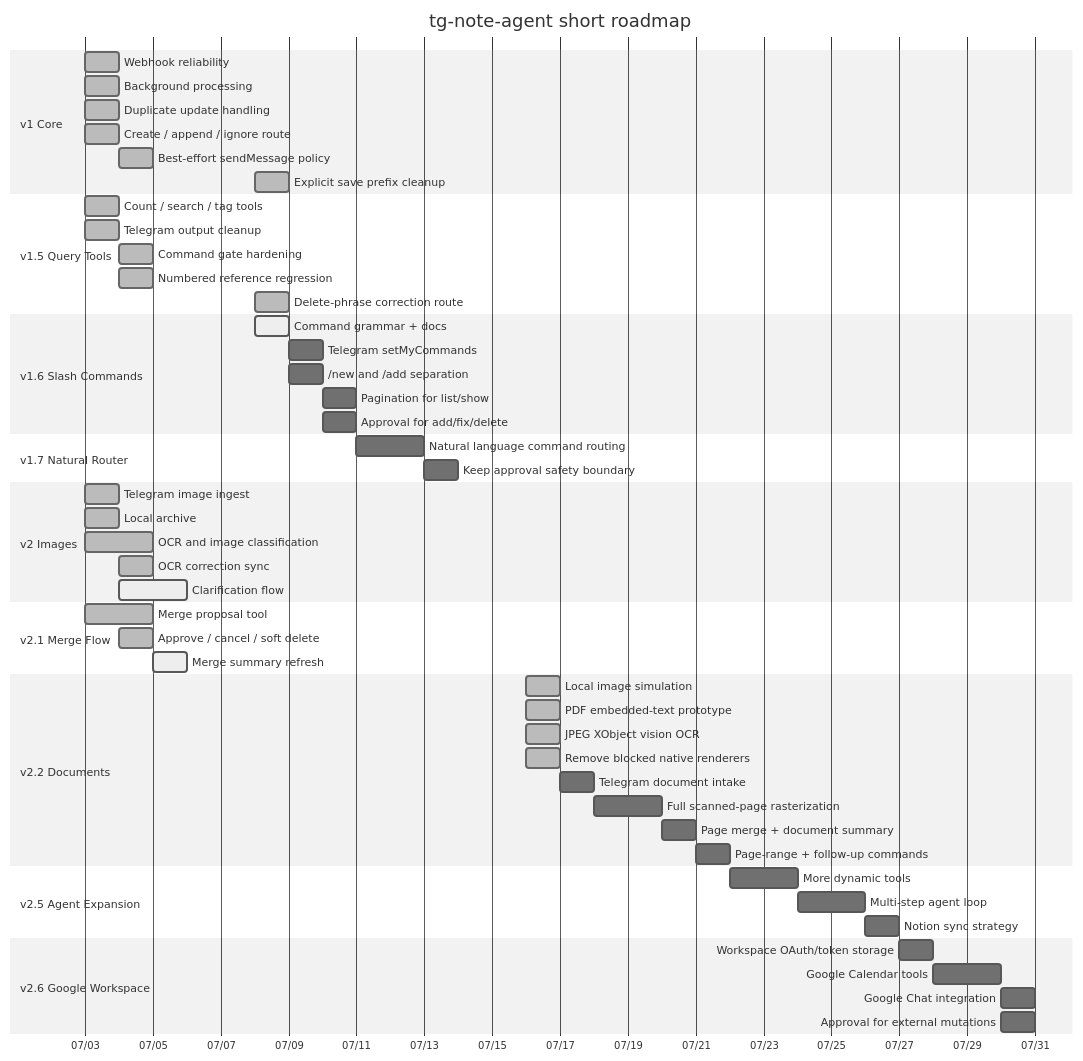
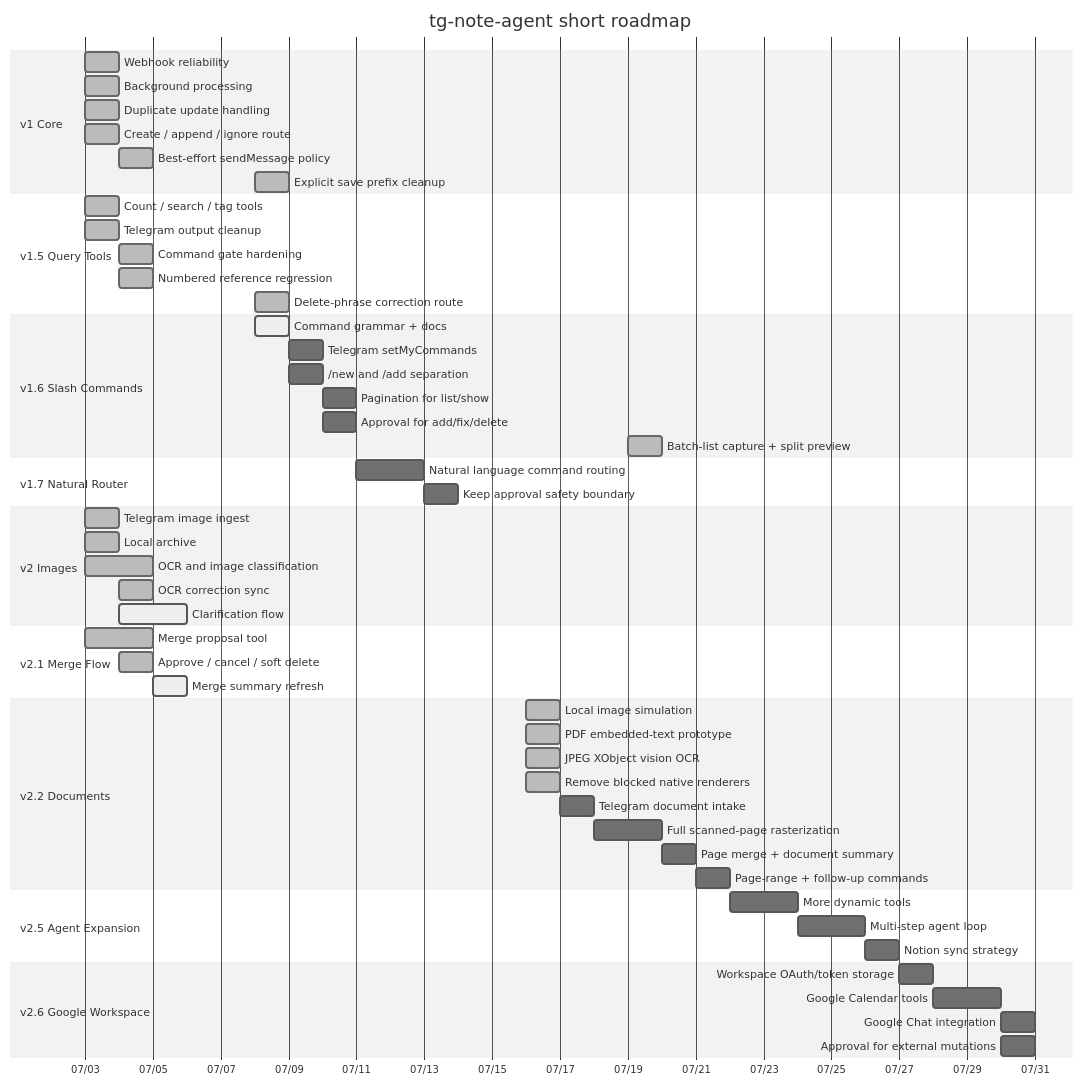
The diagram in docs/ROADMAP.md (Transient-Onlooker/tg-note-agent), drawn with Mermaid (neutral theme) before and after one commit. The commit also changed other lines of this file and 14 other files, not shown here.

Commit message:
Stabilize human note classification and batch capture

````diff
--- a/docs/ROADMAP.md
+++ b/docs/ROADMAP.md
@@ -52,65 +52,66 @@
 ```mermaid
 gantt
     title tg-note-agent short roadmap
     dateFormat  YYYY-MM-DD
     axisFormat  %m/%d
 
     section v1 Core
     Webhook reliability             :done, v1a, 2026-07-03, 1d
     Background processing           :done, v1b, 2026-07-03, 1d
     Duplicate update handling       :done, v1c, 2026-07-03, 1d
     Create / append / ignore route  :done, v1d, 2026-07-03, 1d
     Best-effort sendMessage policy  :done, v1e, 2026-07-04, 1d
     Explicit save prefix cleanup    :done, v1f, 2026-07-08, 1d
 
     section v1.5 Query Tools
     Count / search / tag tools      :done, v15a, 2026-07-03, 1d
     Telegram output cleanup         :done, v15b, 2026-07-03, 1d
     Command gate hardening          :done, v15c, 2026-07-04, 1d
     Numbered reference regression   :done, v15d, 2026-07-04, 1d
     Delete-phrase correction route  :done, v15e, 2026-07-08, 1d
 
     section v1.6 Slash Commands
     Command grammar + docs          :active, v16a, 2026-07-08, 1d
     Telegram setMyCommands          :v16b, after v16a, 1d
     /new and /add separation        :v16c, after v16a, 1d
     Pagination for list/show        :v16d, after v16b, 1d
     Approval for add/fix/delete     :v16e, after v16c, 1d
+    Batch-list capture + split preview:done, v16f, 2026-07-19, 1d
 
     section v1.7 Natural Router
     Natural language command routing:v17a, after v16e, 2d
     Keep approval safety boundary   :v17b, after v17a, 1d
 
     section v2 Images
     Telegram image ingest           :done, v2a, 2026-07-03, 1d
     Local archive                   :done, v2b, 2026-07-03, 1d
     OCR and image classification    :done, v2c, 2026-07-03, 2d
     OCR correction sync             :done, v2d, 2026-07-04, 1d
     Clarification flow              :active, v2e, 2026-07-04, 2d
 
     section v2.1 Merge Flow
     Merge proposal tool             :done, v21a, 2026-07-03, 2d
     Approve / cancel / soft delete  :done, v21b, 2026-07-04, 1d
     Merge summary refresh           :active, v21c, 2026-07-05, 1d
 
     section v2.2 Documents
     Local image simulation           :done, v22a, 2026-07-16, 1d
     PDF embedded-text prototype      :done, v22b, 2026-07-16, 1d
     JPEG XObject vision OCR          :done, v22c, 2026-07-16, 1d
     Remove blocked native renderers  :done, v22d, 2026-07-16, 1d
     Telegram document intake         :v22e, after v22d, 1d
     Full scanned-page rasterization  :v22f, after v22e, 2d
     Page merge + document summary    :v22g, after v22f, 1d
     Page-range + follow-up commands  :v22h, after v22g, 1d
 
     section v2.5 Agent Expansion
     More dynamic tools              :v25a, after v22h, 2d
     Multi-step agent loop           :v25b, after v25a, 2d
     Notion sync strategy            :v25c, after v25b, 1d
 
     section v2.6 Google Workspace
     Workspace OAuth/token storage   :v26a, after v25c, 1d
     Google Calendar tools           :v26b, after v26a, 2d
     Google Chat integration         :v26c, after v26b, 1d
     Approval for external mutations :v26d, after v26b, 1d
 ```
````
